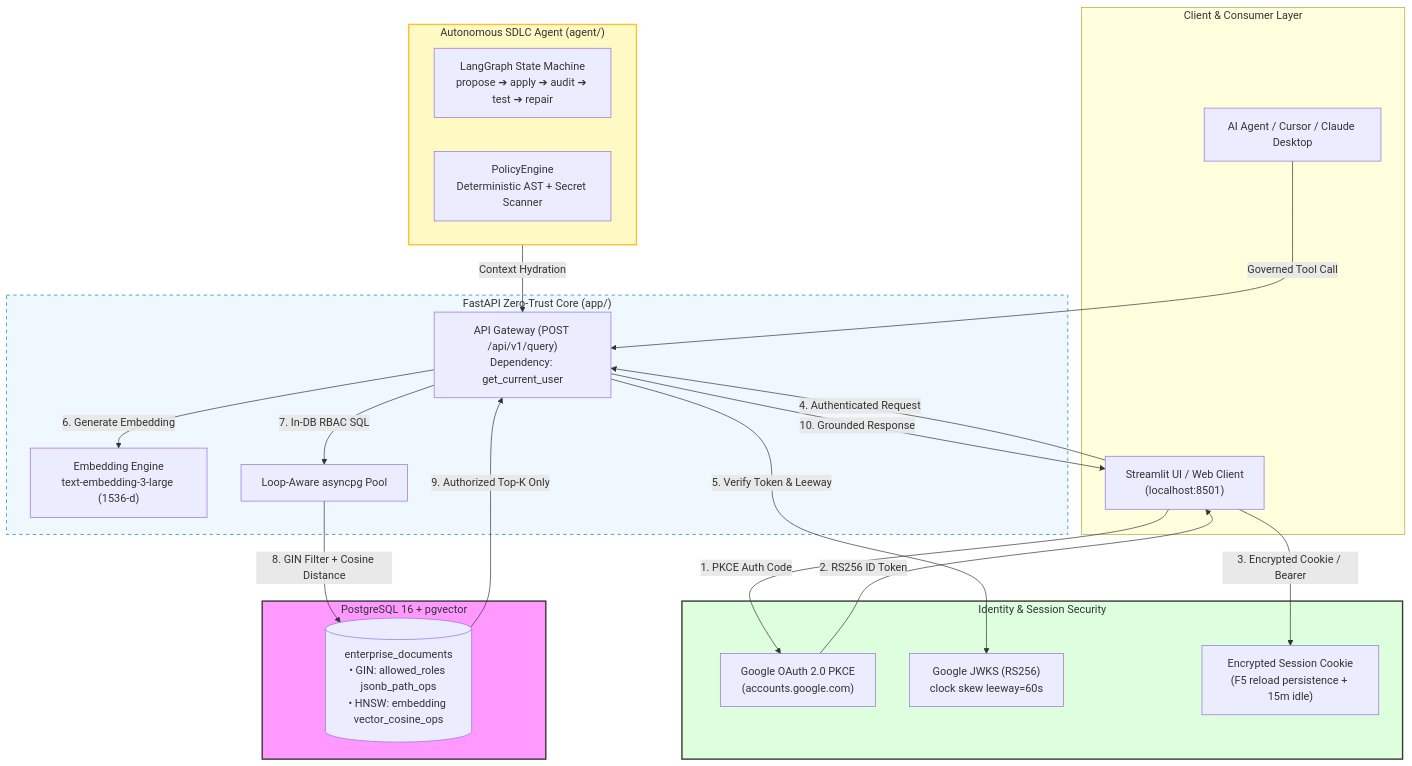
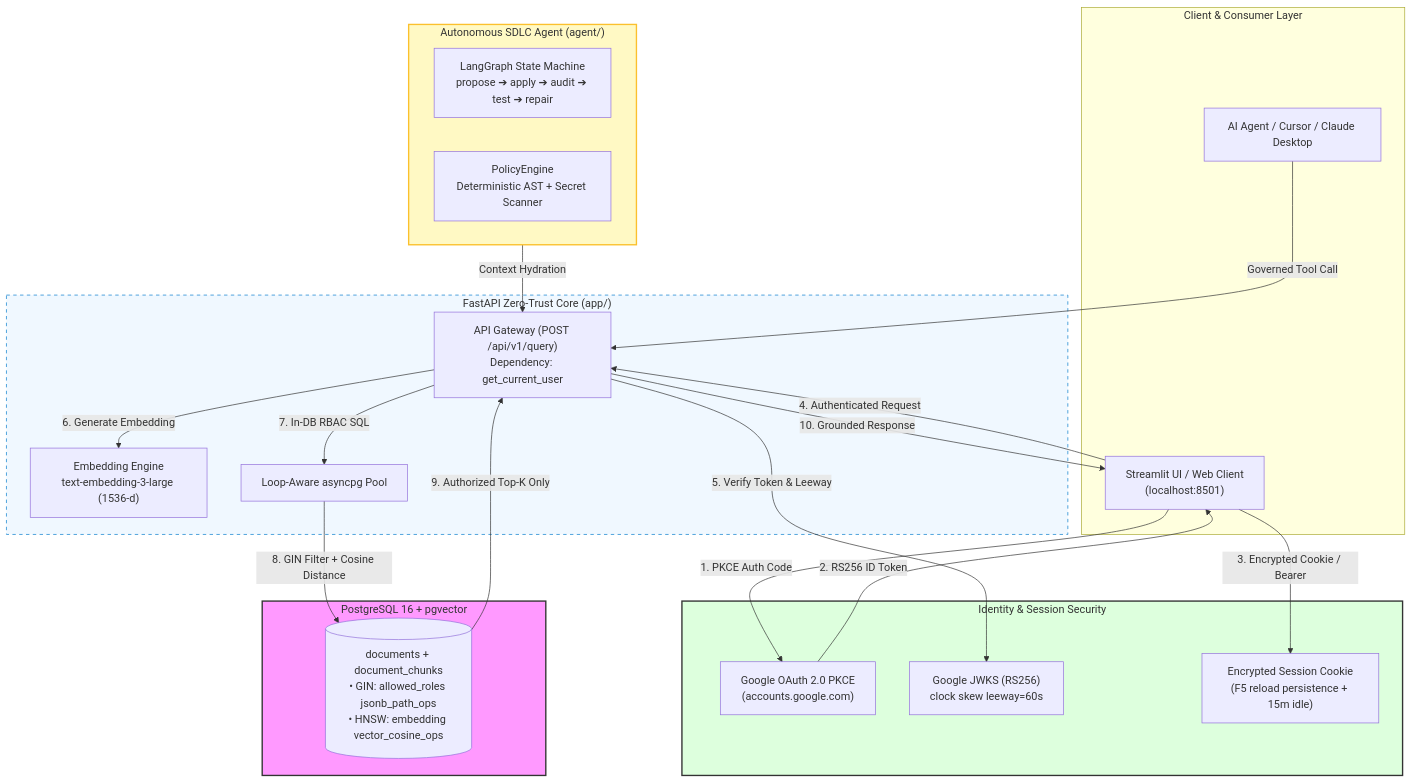
Before and after one commit to Kenono2000/enterprise-rag-pgvector-rbac: the diagram in README.md, drawn with Mermaid. The commit also changed other lines of this file and 11 other files, not shown here.

Commit message:
refactor(database): remove enterprise_documents table/view and route directly to normalized documents and document_chunks

````diff
--- a/README.md
+++ b/README.md
@@ -42,47 +42,47 @@
 ```mermaid
 flowchart TB
     subgraph Client ["Client & Consumer Layer"]
         browser["Streamlit UI / Web Client<br/>(localhost:8501)"]
         mcp_client["AI Agent / Cursor / Claude Desktop"]
     end
 
     subgraph Identity ["Identity & Session Security"]
         google["Google OAuth 2.0 PKCE<br/>(accounts.google.com)"]
         jwks["Google JWKS (RS256)<br/>clock skew leeway=60s"]
         cookie["Encrypted Session Cookie<br/>(F5 reload persistence + 15m idle)"]
     end
 
     subgraph Backend ["FastAPI Zero-Trust Core (app/)"]
         api["API Gateway (POST /api/v1/query)<br/>Dependency: get_current_user"]
         embed["Embedding Engine<br/>text-embedding-3-large (1536-d)"]
         pool["Loop-Aware asyncpg Pool"]
     end
 
     subgraph Database ["PostgreSQL 16 + pgvector"]
-        db[("enterprise_documents<br/>• GIN: allowed_roles jsonb_path_ops<br/>• HNSW: embedding vector_cosine_ops")]
+        db[("documents + document_chunks<br/>• GIN: allowed_roles jsonb_path_ops<br/>• HNSW: embedding vector_cosine_ops")]
     end
 
     subgraph Agent ["Autonomous SDLC Agent (agent/)"]
         langgraph["LangGraph State Machine<br/>propose ➔ apply ➔ audit ➔ test ➔ repair"]
         guardrails["PolicyEngine<br/>Deterministic AST + Secret Scanner"]
     end
 
     browser -->|1. PKCE Auth Code| google
     google -->|2. RS256 ID Token| browser
     browser -->|3. Encrypted Cookie / Bearer| cookie
     browser -->|4. Authenticated Request| api
     api -->|5. Verify Token & Leeway| jwks
     api -->|6. Generate Embedding| embed
     api -->|7. In-DB RBAC SQL| pool
     pool -->|8. GIN Filter + Cosine Distance| db
     db -->|9. Authorized Top-K Only| api
     api -->|10. Grounded Response| browser
 
     mcp_client -->|Governed Tool Call| api
     Agent -->|Context Hydration| api
 
     style Database fill:#f9f,stroke:#333,stroke-width:2px
     style Identity fill:#dfd,stroke:#333,stroke-width:2px
     style Backend fill:#f0f8ff,stroke:#007acc,stroke-dasharray: 5 5
     style Agent fill:#fff9c4,stroke:#fbc02d,stroke-width:2px
 ```
````
